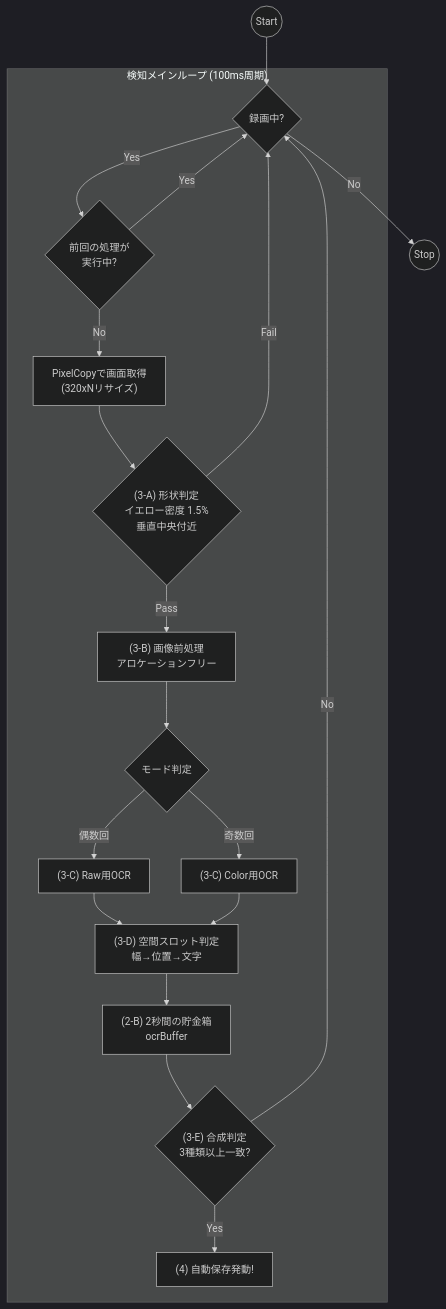
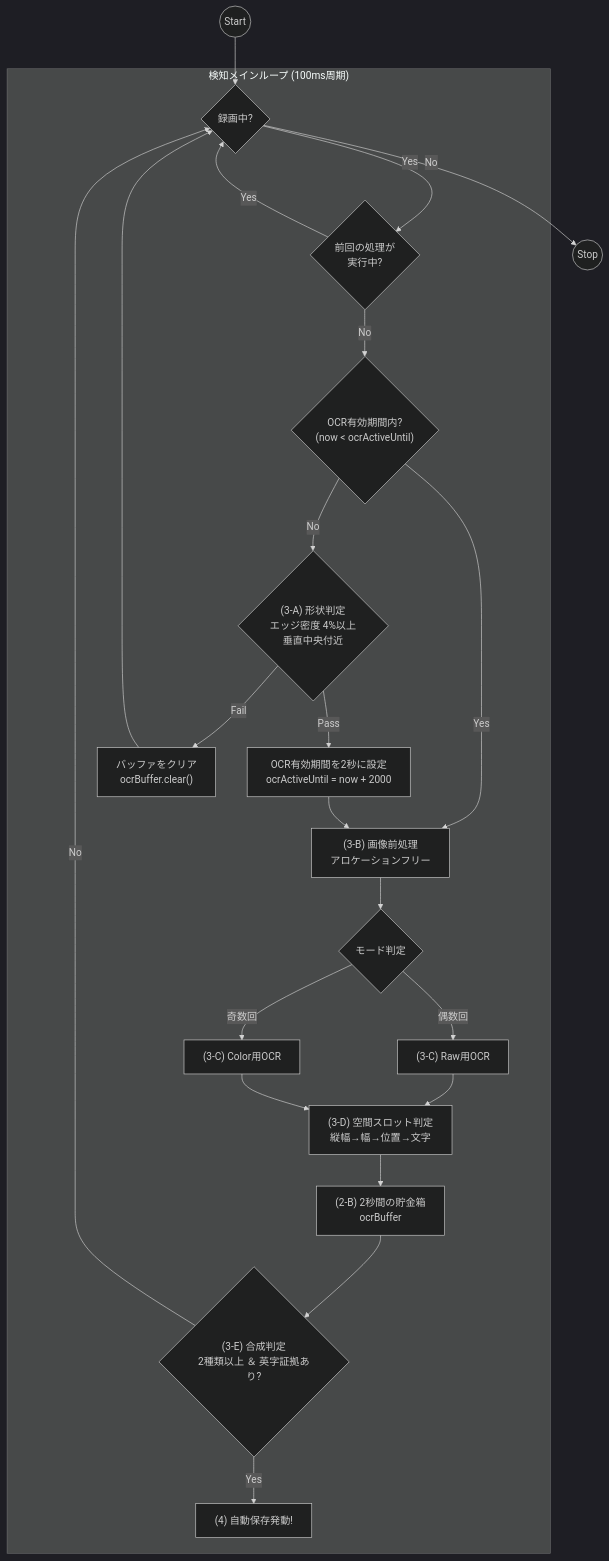
The diagram in WIPEOUT_DETECTION_SPEC.md (yuko083082-lab/GlipVerUp), drawn with Mermaid (dark theme) before and after one commit. The commit also changed other lines of this file and 1 other file, not shown here.

````diff
--- a/WIPEOUT_DETECTION_SPEC.md
+++ b/WIPEOUT_DETECTION_SPEC.md
@@ -13,29 +13,33 @@
 ```mermaid
 graph TD
     Start((Start)) --> Loop{"録画中?"}
     
     subgraph DetectionLoop ["検知メインループ (100ms周期)"]
     Loop -- Yes --> SkipCheck{"前回の処理が<br/>実行中?"}
     SkipCheck -- Yes --> Loop
-    SkipCheck -- No --> Capture["PixelCopyで画面取得<br/>(320xNリサイズ)"]
+    SkipCheck -- No --> ActiveCheck{"OCR有効期間内?<br/>(now < ocrActiveUntil)"}
     
-    Capture --> ShapeCheck{"(3-A) 形状判定<br/>イエロー密度 1.5%<br/>垂直中央付近"}
-    ShapeCheck -- Fail --> Loop
+    ActiveCheck -- Yes --> Preprocess["(3-B) 画像前処理<br/>アロケーションフリー"]
+    ActiveCheck -- No --> ShapeCheck{"(3-A) 形状判定<br/>エッジ密度 4%以上<br/>垂直中央付近"}
     
-    ShapeCheck -- Pass --> Preprocess["(3-B) 画像前処理<br/>アロケーションフリー"]
+    ShapeCheck -- Pass --> SetActive["OCR有効期間を2秒に設定<br/>ocrActiveUntil = now + 2000"]
+    SetActive --> Preprocess
+    ShapeCheck -- Fail --> CleanBuf["バッファをクリア<br/>ocrBuffer.clear()"]
+    CleanBuf --> Loop
+    
     Preprocess --> ModeSwitch{"モード判定"}
     ModeSwitch -- "偶数回" --> RawEngine["(3-C) Raw用OCR"]
     ModeSwitch -- "奇数回" --> ColorEngine["(3-C) Color用OCR"]
     
-    RawEngine --> SlotCheck["(3-D) 空間スロット判定<br/>幅→位置→文字"]
+    RawEngine --> SlotCheck["(3-D) 空間スロット判定<br/>縦幅→幅→位置→文字"]
     ColorEngine --> SlotCheck
     
     SlotCheck --> Buffer["(2-B) 2秒間の貯金箱<br/>ocrBuffer"]
-    Buffer --> SpatioTemporal{"(3-E) 合成判定<br/>3種類以上一致?"}
+    Buffer --> SpatioTemporal{"(3-E) 合成判定<br/>2種類以上 ＆ 英字証拠あり?"}
     
     SpatioTemporal -- Yes --> AutoSave["(4) 自動保存発動!"]
     SpatioTemporal -- No --> Loop
     end
     
     Loop -- No --> End((Stop))
 ```
````
